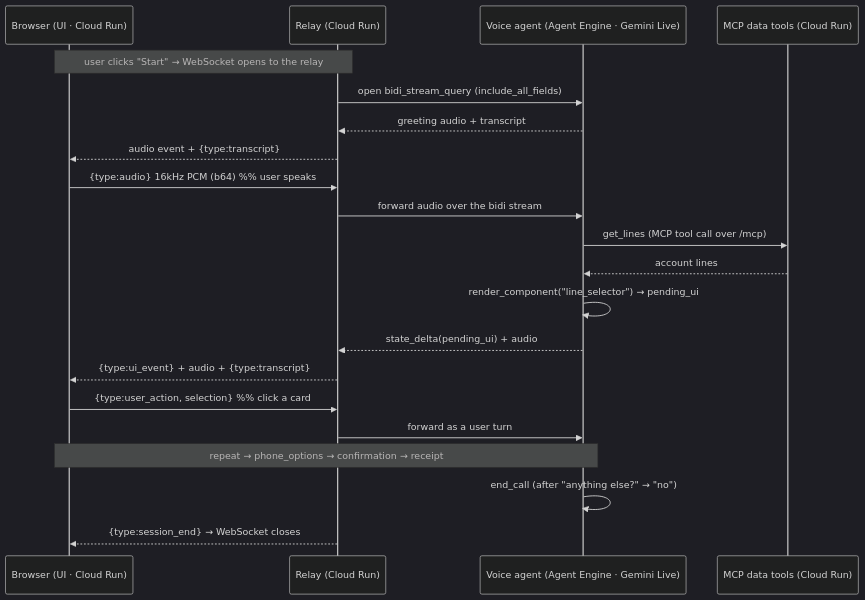
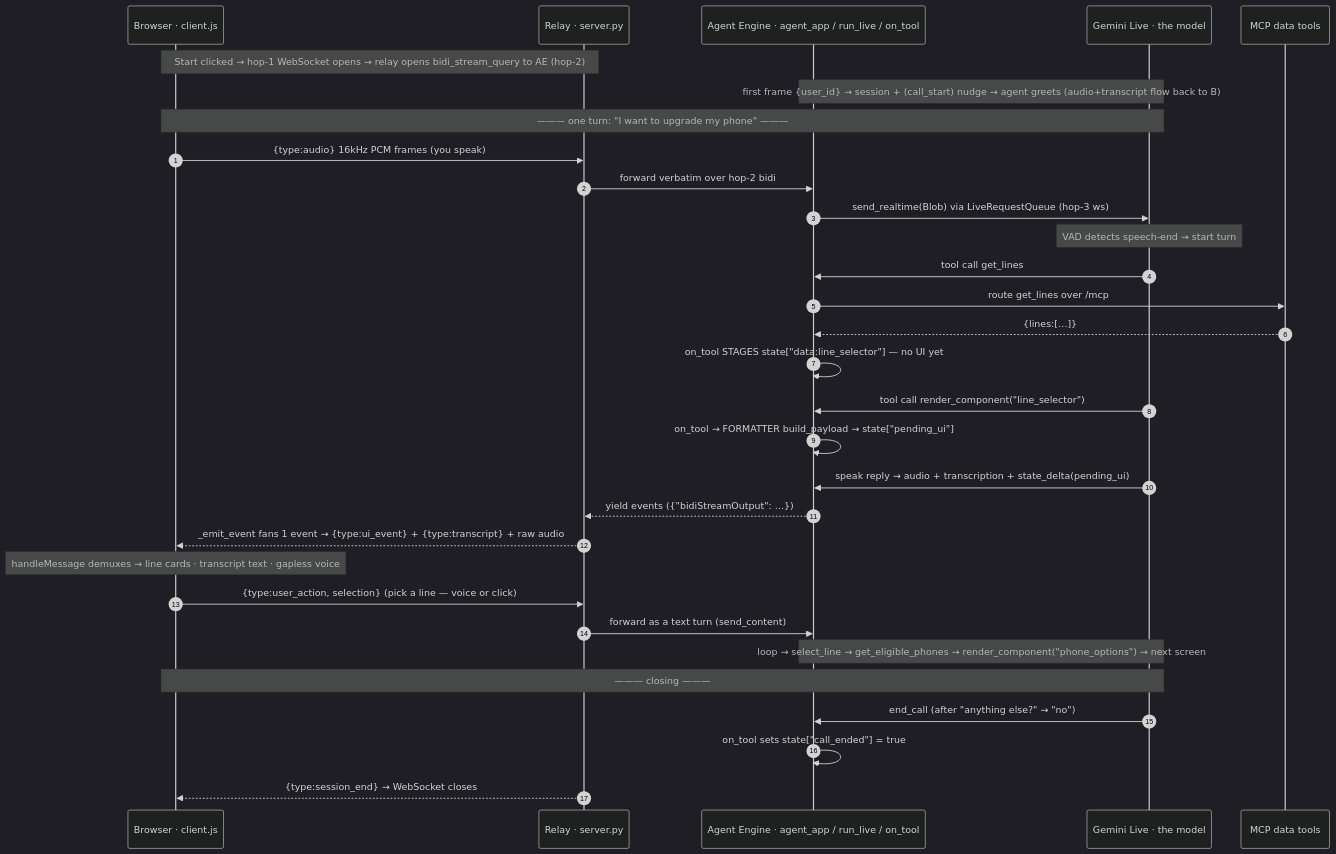
One commit to puvvula89/att-voice changed the diagram in 01-phone-upgrade/README.md. Above: the diagram before and after it, drawn with Mermaid (dark theme). The commit also changed other lines of this file, not shown here.

Commit message:
wip: shared-session paused — Phase 1 done+deployed, verify resume next

````diff
--- a/01-phone-upgrade/README.md
+++ b/01-phone-upgrade/README.md
@@ -46,24 +51,37 @@
 ```mermaid
 sequenceDiagram
-    participant B as Browser (UI · Cloud Run)
-    participant R as Relay (Cloud Run)
-    participant A as Voice agent (Agent Engine · Gemini Live)
-    participant M as MCP data tools (Cloud Run)
+    autonumber
+    participant B as Browser · client.js
+    participant R as Relay · server.py
+    participant A as Agent Engine · agent_app / run_live / on_tool
+    participant G as Gemini Live · the model
+    participant M as MCP data tools
 
-    Note over B,R: user clicks "Start" → WebSocket opens to the relay
-    R->>A: open bidi_stream_query (include_all_fields)
-    A-->>R: greeting audio + transcript
-    R-->>B: audio event + {type:transcript}
-    B->>R: {type:audio} 16kHz PCM (b64)  %% user speaks
-    R->>A: forward audio over the bidi stream
-    A->>M: get_lines (MCP tool call over /mcp)
-    M-->>A: account lines
-    A->>A: render_component("line_selector") → pending_ui
-    A-->>R: state_delta(pending_ui) + audio
-    R-->>B: {type:ui_event} + audio + {type:transcript}
-    B->>R: {type:user_action, selection}  %% click a card
-    R->>A: forward as a user turn
-    Note over A,B: repeat → phone_options → confirmation → receipt
-    A->>A: end_call (after "anything else?" → "no")
+    Note over B,R: Start clicked → hop-1 WebSocket opens → relay opens bidi_stream_query to AE (hop-2)
+    Note over A,G: first frame {user_id} → session + (call_start) nudge → agent greets (audio+transcript flow back to B)
+
+    Note over B,G: ——— one turn: "I want to upgrade my phone" ———
+    B->>R: {type:audio} 16kHz PCM frames (you speak)
+    R->>A: forward verbatim over hop-2 bidi
+    A->>G: send_realtime(Blob) via LiveRequestQueue (hop-3 ws)
+    Note over G: VAD detects speech-end → start turn
+    G->>A: tool call get_lines
+    A->>M: route get_lines over /mcp
+    M-->>A: {lines:[…]}
+    A->>A: on_tool STAGES state["data:line_selector"] — no UI yet
+    G->>A: tool call render_component("line_selector")
+    A->>A: on_tool → FORMATTER build_payload → state["pending_ui"]
+    G->>A: speak reply → audio + transcription + state_delta(pending_ui)
+    A-->>R: yield events ({"bidiStreamOutput": …})
+    R-->>B: _emit_event fans 1 event → {type:ui_event} + {type:transcript} + raw audio
+    Note over B: handleMessage demuxes → line cards · transcript text · gapless voice
+
+    B->>R: {type:user_action, selection} (pick a line — voice or click)
+    R->>A: forward as a text turn (send_content)
+    Note over A,G: loop → select_line → get_eligible_phones → render_component("phone_options") → next screen
+
+    Note over B,G: ——— closing ———
+    G->>A: end_call (after "anything else?" → "no")
+    A->>A: on_tool sets state["call_ended"] = true
     R-->>B: {type:session_end} → WebSocket closes
 ```
````
